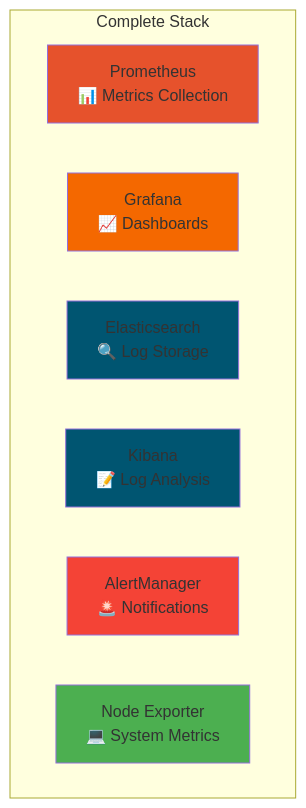
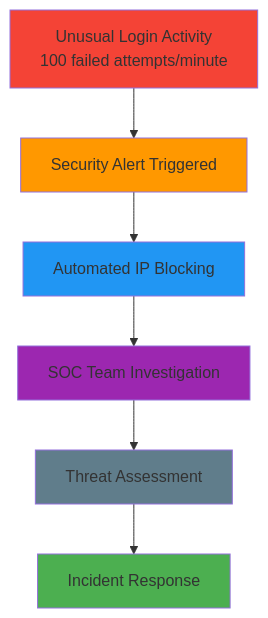
One commit to manikcloud/cloud-devops-learning-path changed the fifth of 5 diagrams in Section-2-DevOps/Session-10_Monitoring-Tools/04-complete-stack/README.md. Above: the diagram before and after it, drawn with Mermaid. The commit also changed other lines of this file and 9 other files, not shown here.

````diff
--- a/Section-2-DevOps/Session-10_Monitoring-Tools/04-complete-stack/README.md
+++ b/Section-2-DevOps/Session-10_Monitoring-Tools/04-complete-stack/README.md
@@ -23,18 +253,15 @@
 ```mermaid
 graph TB
-    subgraph "Complete Stack"
-        PROM[Prometheus<br/>📊 Metrics Collection]
-        GRAF[Grafana<br/>📈 Dashboards]
-        ELASTIC[Elasticsearch<br/>🔍 Log Storage]
-        KIBANA[Kibana<br/>📝 Log Analysis]
-        ALERT[AlertManager<br/>🚨 Notifications]
-        NODE[Node Exporter<br/>💻 System Metrics]
-    end
+    A[Unusual Login Activity<br/>100 failed attempts/minute] --> B[Security Alert Triggered]
+    B --> C[Automated IP Blocking]
+    C --> D[SOC Team Investigation]
+    D --> E[Threat Assessment]
+    E --> F[Incident Response]
     
-    style PROM fill:#e6522c
-    style GRAF fill:#f46800
-    style ELASTIC fill:#005571
-    style KIBANA fill:#005571
-    style ALERT fill:#f44336
-    style NODE fill:#4caf50
+    style A fill:#f44336
+    style B fill:#ff9800
+    style C fill:#2196f3
+    style D fill:#9c27b0
+    style E fill:#607d8b
+    style F fill:#4caf50
 ```
````
